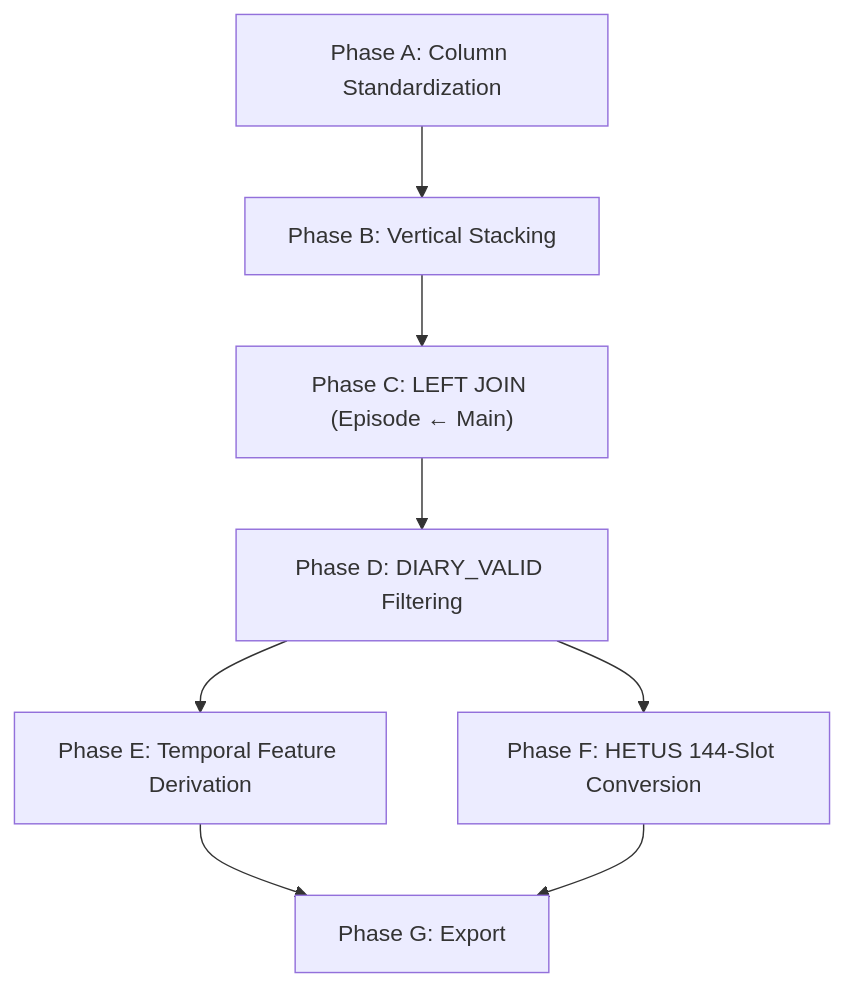
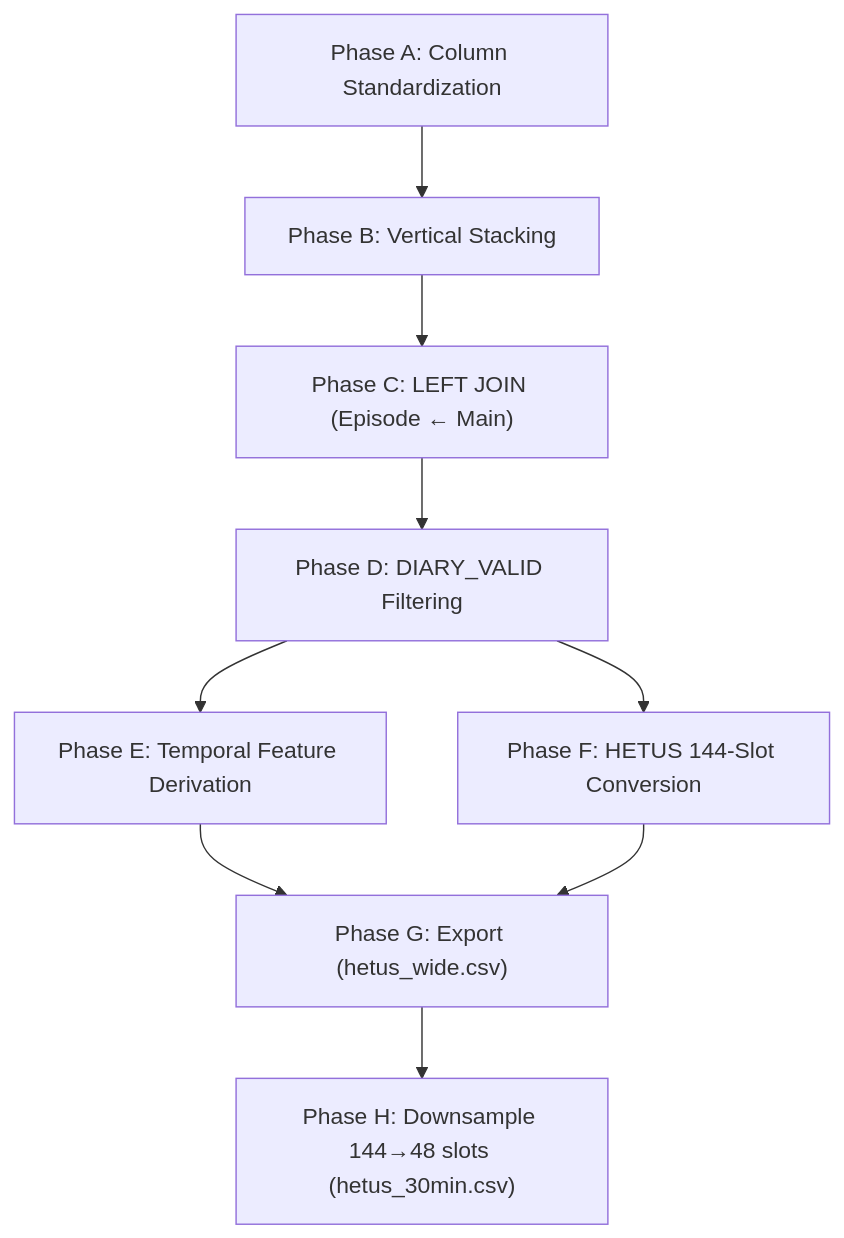
One commit to orcunkoraliseri/GSSCanada changed the diagram in 2J_docs_occ_nTemp/03_mergingGSS.md. Above: the diagram before and after it, drawn with Mermaid. The commit also changed other lines of this file and 36 other files, not shown here.

````diff
--- a/2J_docs_occ_nTemp/03_mergingGSS.md
+++ b/2J_docs_occ_nTemp/03_mergingGSS.md
@@ -507,10 +641,11 @@
 ```mermaid
 graph TD
     A["Phase A: Column Standardization"] --> B["Phase B: Vertical Stacking"]
     B --> C["Phase C: LEFT JOIN (Episode ← Main)"]
     C --> D["Phase D: DIARY_VALID Filtering"]
     D --> E["Phase E: Temporal Feature Derivation"]
     D --> F["Phase F: HETUS 144-Slot Conversion"]
-    E --> G["Phase G: Export"]
+    E --> G["Phase G: Export (hetus_wide.csv)"]
     F --> G
+    G --> H["Phase H: Downsample 144→48 slots (hetus_30min.csv)"]
 ```
````
